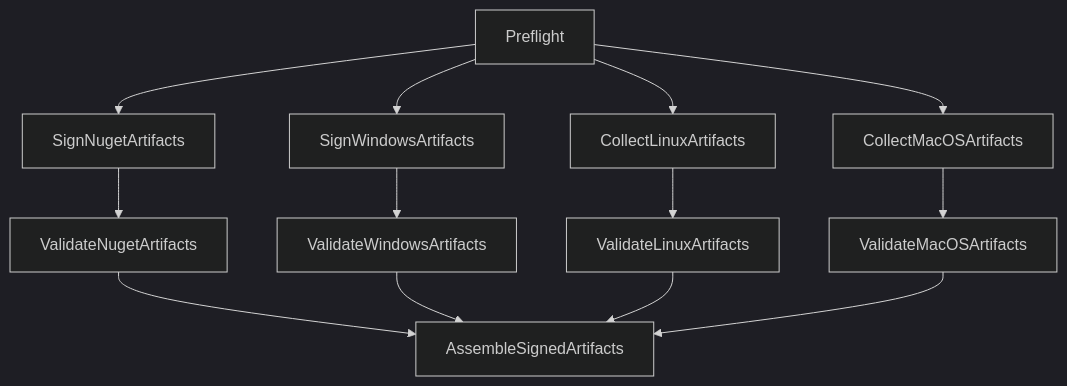
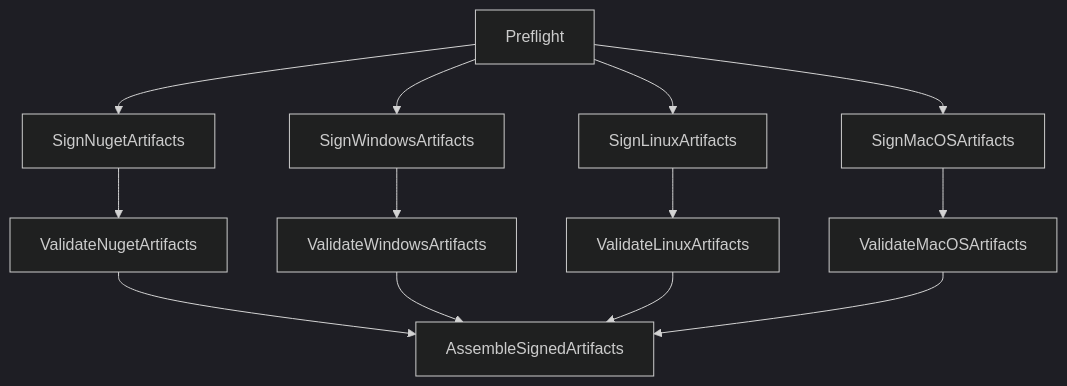
Before and after one commit to Azure/azclips: the diagram in docs/howto/cirrus-signing-implementation.md, drawn with Mermaid (dark theme). The commit also changed other lines of this file and 1 other file, not shown here.

````diff
--- a/docs/howto/cirrus-signing-implementation.md
+++ b/docs/howto/cirrus-signing-implementation.md
@@ -29,17 +29,17 @@
 ```mermaid
 flowchart TD
   P[Preflight] --> N[SignNugetArtifacts]
   P --> W[SignWindowsArtifacts]
-  P --> L[CollectLinuxArtifacts]
-  P --> M[CollectMacOSArtifacts]
+  P --> L[SignLinuxArtifacts]
+  P --> M[SignMacOSArtifacts]
 
   N --> VN[ValidateNugetArtifacts]
   W --> VW[ValidateWindowsArtifacts]
   L --> VL[ValidateLinuxArtifacts]
   M --> VM[ValidateMacOSArtifacts]
 
   VN --> A[AssembleSignedArtifacts]
   VW --> A
   VL --> A
   VM --> A
 ```
````
